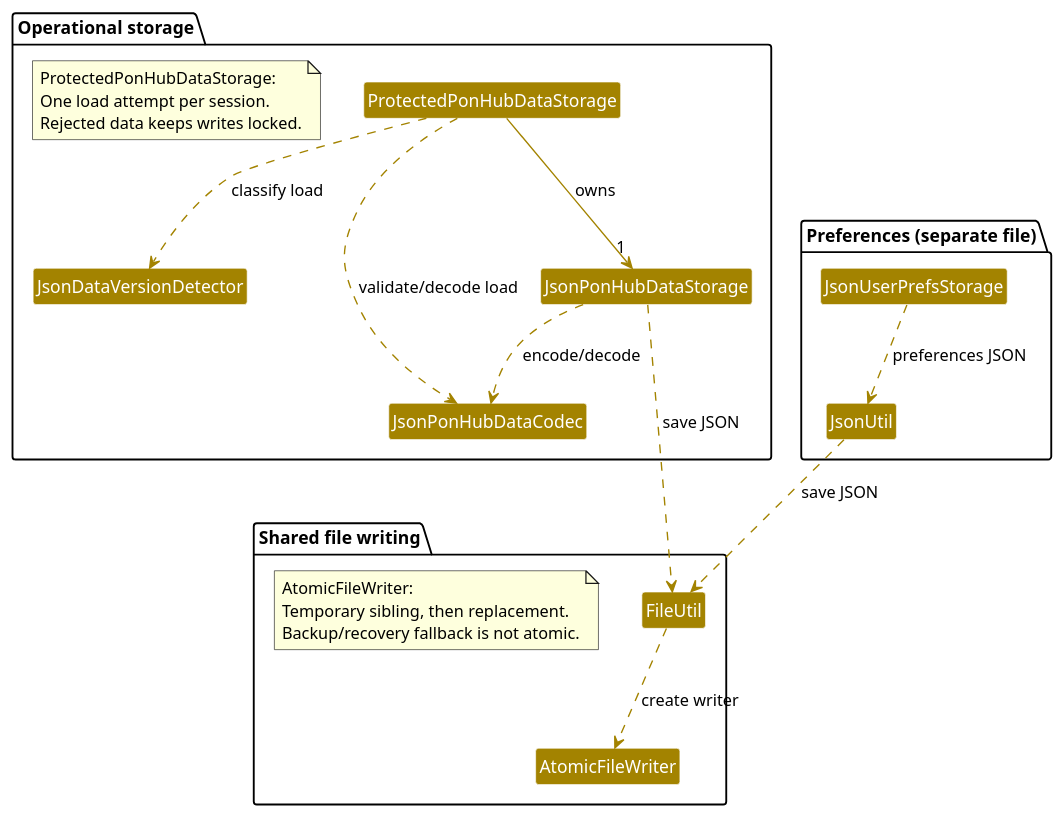
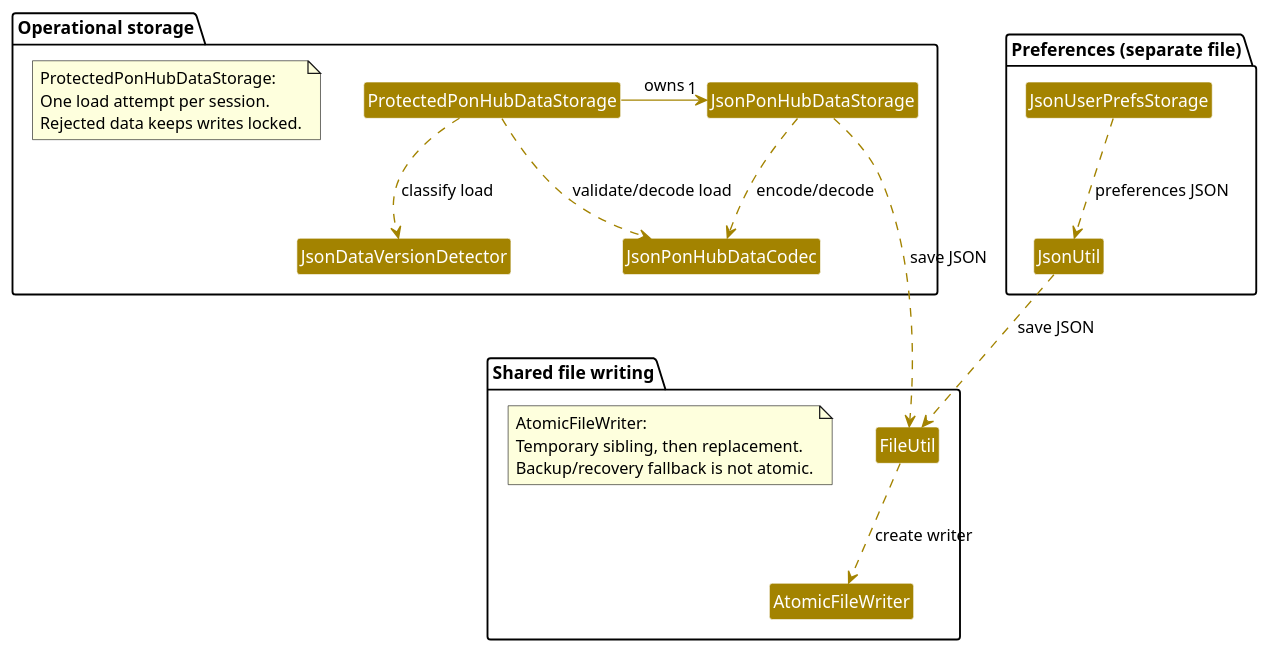
The diagram in docs/diagrams/CanonicalStorageClassDiagram.puml (AY2627S1-CS2103T-F13-3/tp), drawn with PlantUML before and after one commit. The commit also changed 1 other file, not shown here.

Commit message:
Separate storage multiplicity from association arrowhead
Route the held-storage association horizontally and use a label-only
line break to put the retained multiplicity below its arrowhead. This
fixes the rendered overlap without changing classes, relationship
semantics, dependencies, notes, shared styles or Java behavior.

Regenerate the paired PNG with PlantUML 1.2026.2/Smetana. Inspect full
size and themed guide widths of 740px and 730px; the cardinality is
separately readable. Embedded source identity, frozen Jekyll build,
234 local guide targets and repository text/diff checks pass.

Address the rendered review finding in PR #425. Non-author recheck
and #393's integrated/print/publication acceptance remain required.

```diff
--- a/docs/diagrams/CanonicalStorageClassDiagram.puml
+++ b/docs/diagrams/CanonicalStorageClassDiagram.puml
@@ -1,51 +1,52 @@
 @startuml
 skinparam arrowThickness 1.1
 ' Match the storage palette in style.puml without unrelated sequence-diagram settings.
 skinparam arrowColor #A38300
 skinparam classBackgroundColor #A38300
 skinparam classFontColor #FFFFFF
 skinparam classFontName Arial
 skinparam classBorderColor #FFFFFF
 skinparam packageBackgroundColor #FFFFFF
 hide empty members
 hide circle
 top to bottom direction
 
 package "Operational storage" {
     class ProtectedPonHubDataStorage
     class JsonDataVersionDetector
     class JsonPonHubDataCodec
     class JsonPonHubDataStorage
     note as LoadProtection
       ProtectedPonHubDataStorage:
       One load attempt per session.
       Rejected data keeps writes locked.
     end note
 }
 
 package "Preferences (separate file)" {
     class JsonUserPrefsStorage
     class JsonUtil
 }
 
 package "Shared file writing" {
     class FileUtil
     class AtomicFileWriter
     note as SaveFallback
       AtomicFileWriter:
       Temporary sibling, then replacement.
       Backup/recovery fallback is not atomic.
     end note
 }
 
-ProtectedPonHubDataStorage --> "1" JsonPonHubDataStorage : owns
+' The label-only line break separates the multiplicity from the horizontal arrowhead.
+ProtectedPonHubDataStorage -right-> "\n1" JsonPonHubDataStorage : owns
 ProtectedPonHubDataStorage ..> JsonDataVersionDetector : classify load
 ProtectedPonHubDataStorage ..> JsonPonHubDataCodec : validate/decode load
 JsonPonHubDataStorage ..> JsonPonHubDataCodec : encode/decode
 JsonPonHubDataStorage ..> FileUtil : save JSON
 JsonUserPrefsStorage ..> JsonUtil : preferences JSON
 JsonUtil ..> FileUtil : save JSON
 FileUtil ..> AtomicFileWriter : create writer
 JsonPonHubDataCodec -[hidden]down-> FileUtil
 
 @enduml
```
